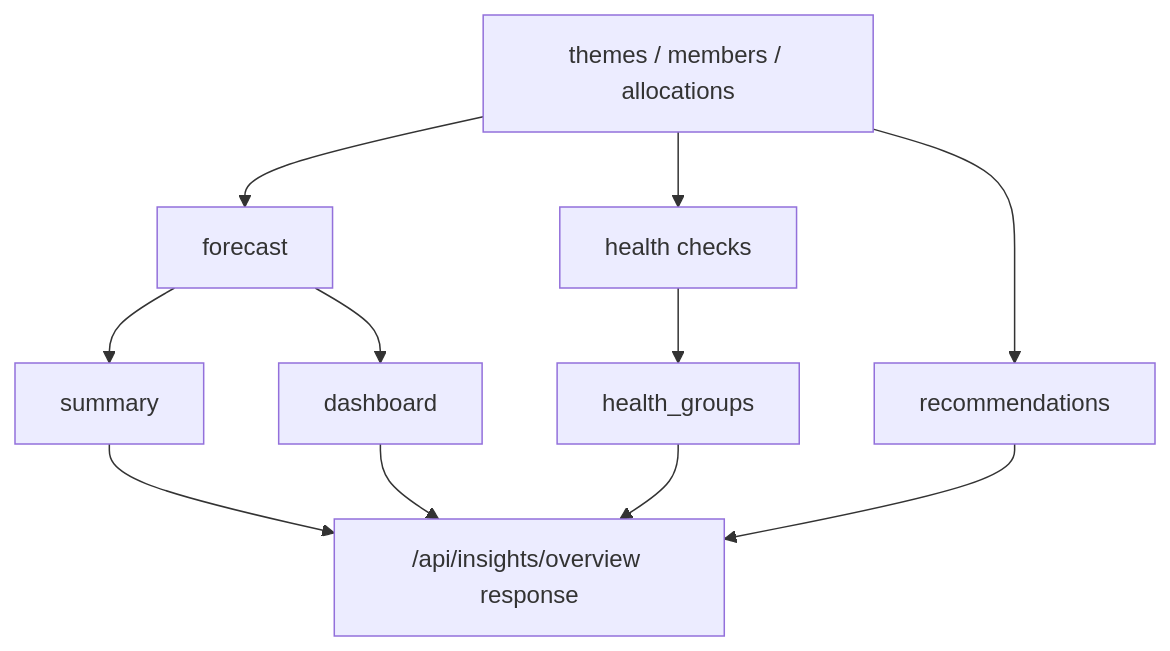
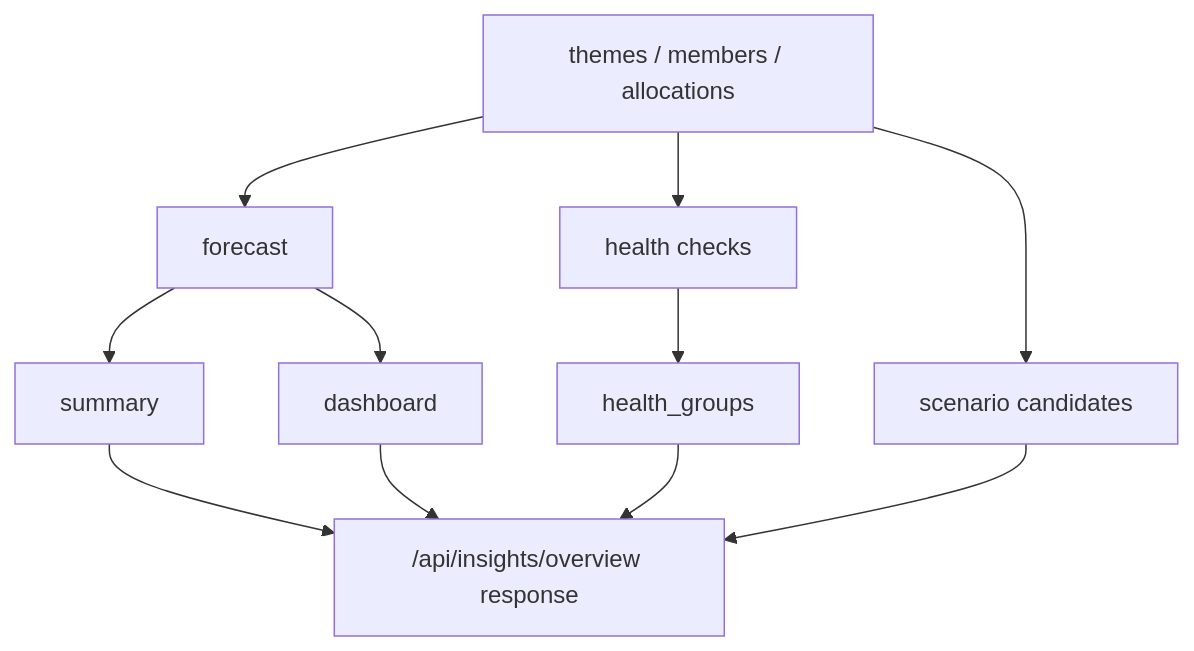
Before and after one commit to masakinakai3/Manage: the second of 2 diagrams in docs/software-design/02-backend-design.md, drawn with Mermaid. The commit also changed other lines of this file and 4 other files, not shown here.

````diff
--- a/docs/software-design/02-backend-design.md
+++ b/docs/software-design/02-backend-design.md
@@ -125,13 +125,13 @@
 ```mermaid
 flowchart TD
     A["themes / members / allocations"] --> B["forecast"]
     A --> C["health checks"]
     B --> D["summary"]
     B --> E["dashboard"]
     C --> F["health_groups"]
-    A --> G["recommendations"]
+    A --> G["scenario candidates"]
     D --> H["/api/insights/overview response"]
     E --> H
     F --> H
     G --> H
 ```
````
